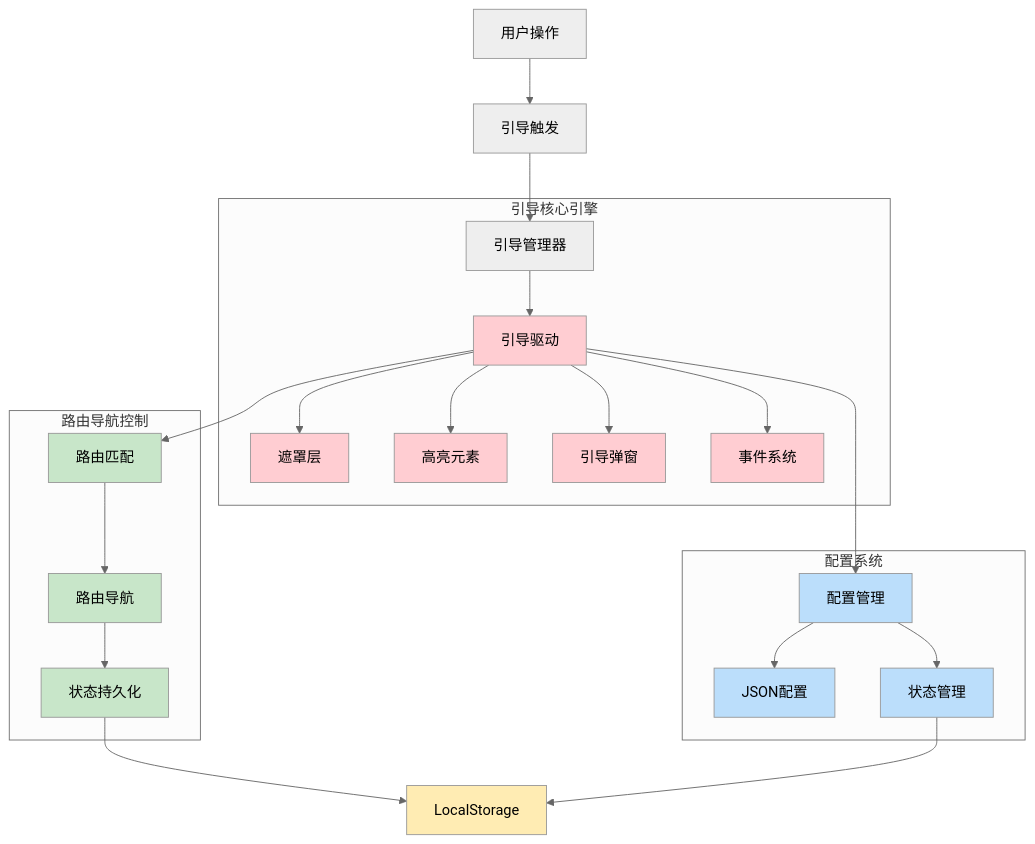
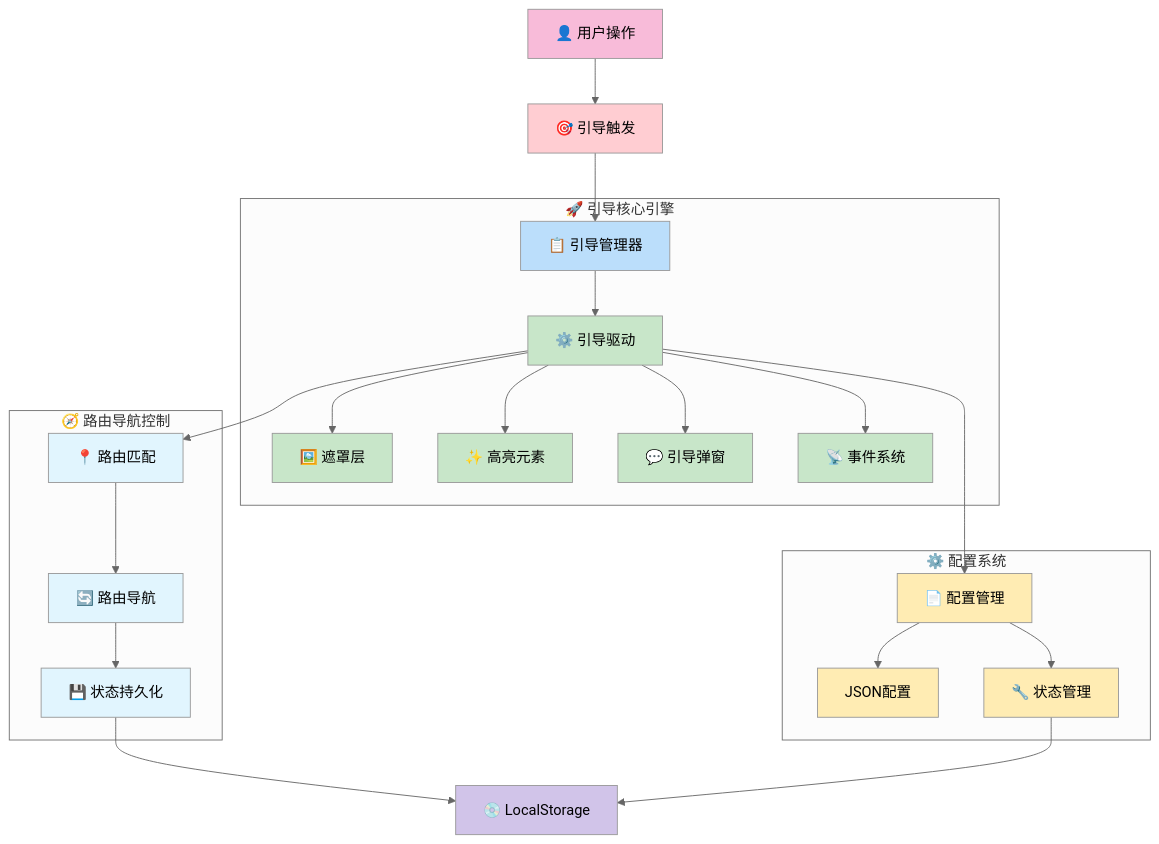
Before and after one commit to Mingjun-Lyu/ByteDance-Engineering-Camp: the second of 5 diagrams in README.md, drawn with Mermaid (neutral theme). The commit also changed other lines of this file, not shown here.

````diff
--- a/README.md
+++ b/README.md
@@ -182,40 +188,54 @@
 ```mermaid
 graph TB
-    User[用户操作] --> Trigger[引导触发]
+    %% 用户操作层
+    User[👤 用户操作] --> Trigger[🎯 引导触发]
     
-    Trigger --> GuideManager[引导管理器]
+    %% 引导管理层
+    Trigger --> GuideManager[📋 引导管理器]
     
-    subgraph "引导核心引擎"
-        GuideManager --> Driver[引导驱动]
-        Driver --> Overlay[遮罩层]
-        Driver --> Highlight[高亮元素]
-        Driver --> Popover[引导弹窗]
-        Driver --> Events[事件系统]
+    %% 核心引擎层
+    subgraph "🚀 引导核心引擎"
+        GuideManager --> Driver[⚙️ 引导驱动]
+        Driver --> Overlay[🖼️ 遮罩层]
+        Driver --> Highlight[✨ 高亮元素]
+        Driver --> Popover[💬 引导弹窗]
+        Driver --> Events[📡 事件系统]
     end
     
-    subgraph "路由导航控制"
-        RouteMatch[路由匹配] --> RouteNav[路由导航]
-        RouteNav --> StatePersist[状态持久化]
+    %% 路由控制层
+    subgraph "🧭 路由导航控制"
+        RouteMatch[📍 路由匹配] --> RouteNav[🔄 路由导航]
+        RouteNav --> StatePersist[💾 状态持久化]
     end
     
-    subgraph "配置系统"
-        Config[配置管理] --> JSONConfig[JSON配置]
-        Config --> StateMgmt[状态管理]
+    %% 配置系统层
+    subgraph "⚙️ 配置系统"
+        Config[📄 配置管理] --> JSONConfig[JSON配置]
+        Config --> StateMgmt[🔧 状态管理]
     end
     
+    %% 数据流连接
     Driver --> RouteMatch
     Driver --> Config
     
-    StatePersist --> LocalStorage[LocalStorage]
+    %% 持久化存储
+    StatePersist --> LocalStorage[💿 LocalStorage]
     StateMgmt --> LocalStorage
     
-    classDef core fill:#ffcdd2
-    classDef route fill:#c8e6c9
-    classDef config fill:#bbdefb
-    classDef storage fill:#ffecb3
+    %% 样式定义
+    classDef user fill:#f8bbd9
+    classDef trigger fill:#ffcdd2
+    classDef manager fill:#bbdefb
+    classDef core fill:#c8e6c9
+    classDef route fill:#e1f5fe
+    classDef config fill:#ffecb3
+    classDef storage fill:#d1c4e9
     
+    class User user
+    class Trigger trigger
+    class GuideManager manager
     class Driver,Overlay,Highlight,Popover,Events core
     class RouteMatch,RouteNav,StatePersist route
     class Config,JSONConfig,StateMgmt config
     class LocalStorage storage
 ```
````
